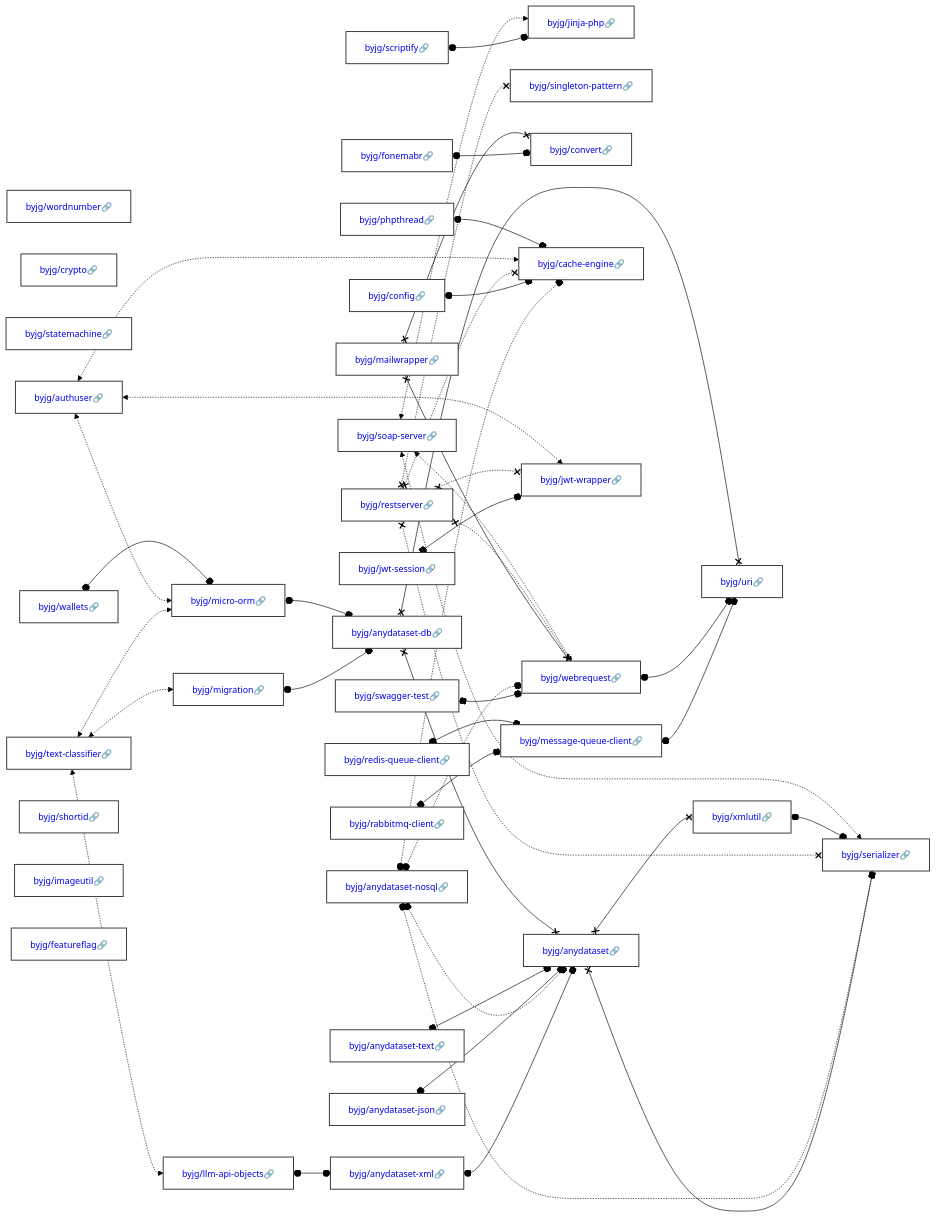
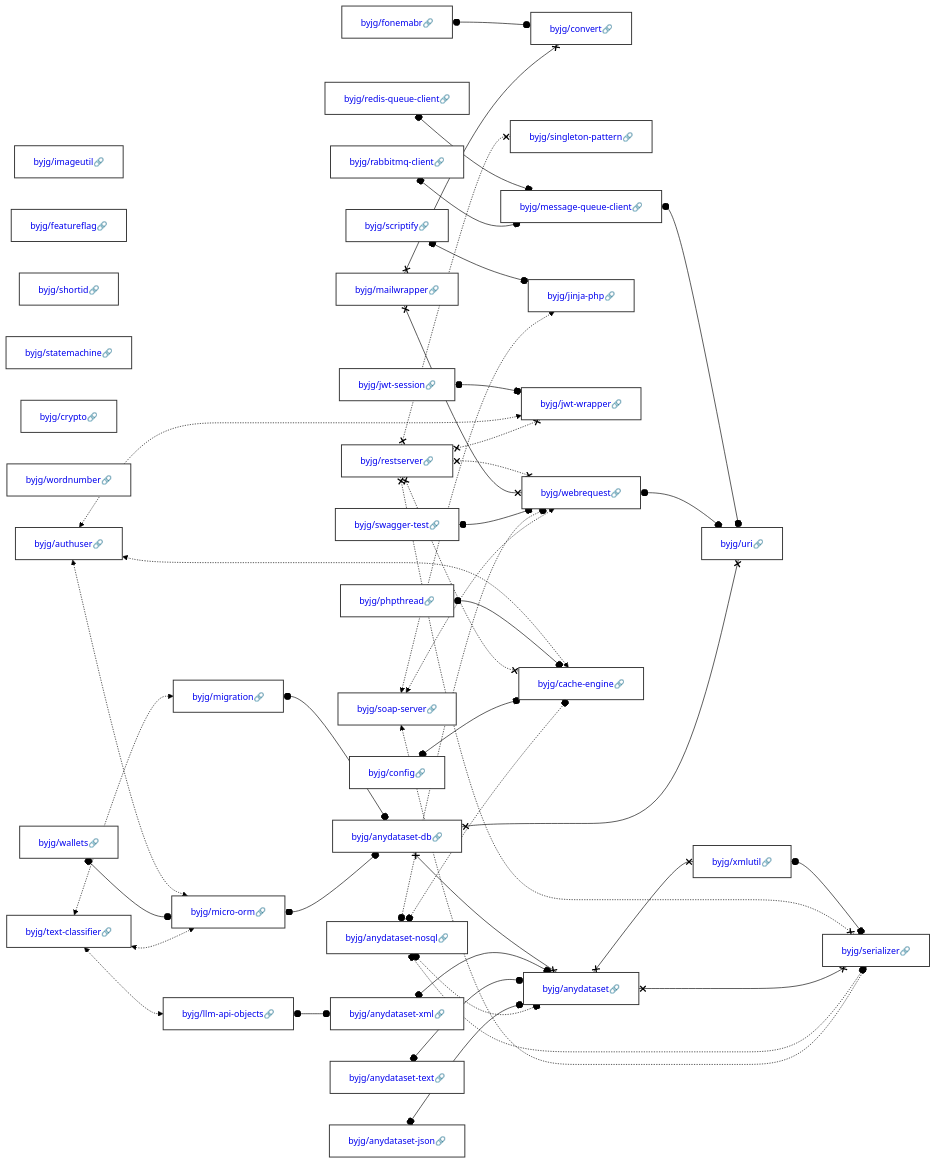
One commit to byjg/byjg.github.io changed the diagram in docs/php/README.md. Above: the diagram before and after it, drawn with Mermaid (forest theme). The commit also changed other lines of this file and 1 other file, not shown here.

Commit message:
Update documentation 'php' 'php-authuser'

````diff
--- a/docs/php/README.md
+++ b/docs/php/README.md
@@ -7,38 +3,38 @@
 ```mermaid
 graph LR;
+  byjg/redis-queue-client[<a href='https://opensource.byjg.com/docs/php/redis-queue-client' style='text-decoration:none'>byjg/redis-queue-client🔗</a>];
+  byjg/anydataset-nosql[<a href='https://opensource.byjg.com/docs/php/anydataset-nosql' style='text-decoration:none'>byjg/anydataset-nosql🔗</a>];
   byjg/config[<a href='https://opensource.byjg.com/docs/php/config' style='text-decoration:none'>byjg/config🔗</a>];
+  byjg/anydataset-json[<a href='https://opensource.byjg.com/docs/php/anydataset-json' style='text-decoration:none'>byjg/anydataset-json🔗</a>];
   byjg/fonemabr[<a href='https://opensource.byjg.com/docs/php/fonemabr' style='text-decoration:none'>byjg/fonemabr🔗</a>];
+  byjg/imageutil[<a href='https://opensource.byjg.com/docs/php/imageutil' style='text-decoration:none'>byjg/imageutil🔗</a>];
+  byjg/featureflag[<a href='https://opensource.byjg.com/docs/php/featureflag' style='text-decoration:none'>byjg/featureflag🔗</a>];
+  byjg/mailwrapper[<a href='https://opensource.byjg.com/docs/php/mailwrapper' style='text-decoration:none'>byjg/mailwrapper🔗</a>];
+  byjg/shortid[<a href='https://opensource.byjg.com/docs/php/shortid' style='text-decoration:none'>byjg/shortid🔗</a>];
+  byjg/jwt-session[<a href='https://opensource.byjg.com/docs/php/jwt-session' style='text-decoration:none'>byjg/jwt-session🔗</a>];
+  byjg/anydataset-text[<a href='https://opensource.byjg.com/docs/php/anydataset-text' style='text-decoration:none'>byjg/anydataset-text🔗</a>];
+  byjg/statemachine[<a href='https://opensource.byjg.com/docs/php/statemachine' style='text-decoration:none'>byjg/statemachine🔗</a>];
+  byjg/crypto[<a href='https://opensource.byjg.com/docs/php/crypto' style='text-decoration:none'>byjg/crypto🔗</a>];
+  byjg/swagger-test[<a href='https://opensource.byjg.com/docs/php/swagger-test' style='text-decoration:none'>byjg/swagger-test🔗</a>];
   byjg/wordnumber[<a href='https://opensource.byjg.com/docs/php/wordnumber' style='text-decoration:none'>byjg/wordnumber🔗</a>];
-  byjg/crypto[<a href='https://opensource.byjg.com/docs/php/crypto' style='text-decoration:none'>byjg/crypto🔗</a>];
-  byjg/statemachine[<a href='https://opensource.byjg.com/docs/php/statemachine' style='text-decoration:none'>byjg/statemachine🔗</a>];
+  byjg/soap-server[<a href='https://opensource.byjg.com/docs/php/soap-server' style='text-decoration:none'>byjg/soap-server🔗</a>];
+  byjg/restserver[<a href='https://opensource.byjg.com/docs/php/restserver' style='text-decoration:none'>byjg/restserver🔗</a>];
+  byjg/scriptify[<a href='https://opensource.byjg.com/docs/php/scriptify' style='text-decoration:none'>byjg/scriptify🔗</a>];
   byjg/authuser[<a href='https://opensource.byjg.com/docs/php/authuser' style='text-decoration:none'>byjg/authuser🔗</a>];
-  byjg/scriptify[<a href='https://opensource.byjg.com/docs/php/scriptify' style='text-decoration:none'>byjg/scriptify🔗</a>];
   byjg/text-classifier[<a href='https://opensource.byjg.com/docs/php/text-classifier' style='text-decoration:none'>byjg/text-classifier🔗</a>];
   byjg/rabbitmq-client[<a href='https://opensource.byjg.com/docs/php/rabbitmq-client' style='text-decoration:none'>byjg/rabbitmq-client🔗</a>];
   byjg/wallets[<a href='https://opensource.byjg.com/docs/php/wallets' style='text-decoration:none'>byjg/wallets🔗</a>];
-  byjg/shortid[<a href='https://opensource.byjg.com/docs/php/shortid' style='text-decoration:none'>byjg/shortid🔗</a>];
-  byjg/anydataset-text[<a href='https://opensource.byjg.com/docs/php/anydataset-text' style='text-decoration:none'>byjg/anydataset-text🔗</a>];
-  byjg/soap-server[<a href='https://opensource.byjg.com/docs/php/soap-server' style='text-decoration:none'>byjg/soap-server🔗</a>];
-  byjg/anydataset-nosql[<a href='https://opensource.byjg.com/docs/php/anydataset-nosql' style='text-decoration:none'>byjg/anydataset-nosql🔗</a>];
-  byjg/restserver[<a href='https://opensource.byjg.com/docs/php/restserver' style='text-decoration:none'>byjg/restserver🔗</a>];
-  byjg/imageutil[<a href='https://opensource.byjg.com/docs/php/imageutil' style='text-decoration:none'>byjg/imageutil🔗</a>];
-  byjg/mailwrapper[<a href='https://opensource.byjg.com/docs/php/mailwrapper' style='text-decoration:none'>byjg/mailwrapper🔗</a>];
-  byjg/anydataset-json[<a href='https://opensource.byjg.com/docs/php/anydataset-json' style='text-decoration:none'>byjg/anydataset-json🔗</a>];
-  byjg/featureflag[<a href='https://opensource.byjg.com/docs/php/featureflag' style='text-decoration:none'>byjg/featureflag🔗</a>];
-  byjg/redis-queue-client[<a href='https://opensource.byjg.com/docs/php/redis-queue-client' style='text-decoration:none'>byjg/redis-queue-client🔗</a>];
   byjg/phpthread[<a href='https://opensource.byjg.com/docs/php/phpthread' style='text-decoration:none'>byjg/phpthread🔗</a>];
-  byjg/jwt-session[<a href='https://opensource.byjg.com/docs/php/jwt-session' style='text-decoration:none'>byjg/jwt-session🔗</a>];
-  byjg/swagger-test[<a href='https://opensource.byjg.com/docs/php/swagger-test' style='text-decoration:none'>byjg/swagger-test🔗</a>];
+  byjg/convert[<a href='https://opensource.byjg.com/docs/php/convert' style='text-decoration:none'>byjg/convert🔗</a>];
+  byjg/singleton-pattern[<a href='https://opensource.byjg.com/docs/php/singleton-pattern' style='text-decoration:none'>byjg/singleton-pattern🔗</a>];
+  byjg/webrequest[<a href='https://opensource.byjg.com/docs/php/webrequest' style='text-decoration:none'>byjg/webrequest🔗</a>];
+  byjg/jinja-php[<a href='https://opensource.byjg.com/docs/php/jinja-php' style='text-decoration:none'>byjg/jinja-php🔗</a>];
+  byjg/jwt-wrapper[<a href='https://opensource.byjg.com/docs/php/jwt-wrapper' style='text-decoration:none'>byjg/jwt-wrapper🔗</a>];
   byjg/migration[<a href='https://opensource.byjg.com/docs/php/migration' style='text-decoration:none'>byjg/migration🔗</a>];
   byjg/llm-api-objects[<a href='https://opensource.byjg.com/docs/php/llm-api-objects' style='text-decoration:none'>byjg/llm-api-objects🔗</a>];
+  byjg/message-queue-client[<a href='https://opensource.byjg.com/docs/php/message-queue-client' style='text-decoration:none'>byjg/message-queue-client🔗</a>];
   byjg/micro-orm[<a href='https://opensource.byjg.com/docs/php/micro-orm' style='text-decoration:none'>byjg/micro-orm🔗</a>];
-  byjg/jinja-php[<a href='https://opensource.byjg.com/docs/php/jinja-php' style='text-decoration:none'>byjg/jinja-php🔗</a>];
-  byjg/singleton-pattern[<a href='https://opensource.byjg.com/docs/php/singleton-pattern' style='text-decoration:none'>byjg/singleton-pattern🔗</a>];
-  byjg/convert[<a href='https://opensource.byjg.com/docs/php/convert' style='text-decoration:none'>byjg/convert🔗</a>];
-  byjg/message-queue-client[<a href='https://opensource.byjg.com/docs/php/message-queue-client' style='text-decoration:none'>byjg/message-queue-client🔗</a>];
   byjg/cache-engine[<a href='https://opensource.byjg.com/docs/php/cache-engine' style='text-decoration:none'>byjg/cache-engine🔗</a>];
-  byjg/jwt-wrapper[<a href='https://opensource.byjg.com/docs/php/jwt-wrapper' style='text-decoration:none'>byjg/jwt-wrapper🔗</a>];
-  byjg/webrequest[<a href='https://opensource.byjg.com/docs/php/webrequest' style='text-decoration:none'>byjg/webrequest🔗</a>];
   byjg/anydataset-xml[<a href='https://opensource.byjg.com/docs/php/anydataset-xml' style='text-decoration:none'>byjg/anydataset-xml🔗</a>];
   byjg/anydataset-db[<a href='https://opensource.byjg.com/docs/php/anydataset-db' style='text-decoration:none'>byjg/anydataset-db🔗</a>];
   byjg/anydataset[<a href='https://opensource.byjg.com/docs/php/anydataset' style='text-decoration:none'>byjg/anydataset🔗</a>];
@@ -48,45 +44,45 @@
   byjg/soap-server <-.-> byjg/jinja-php;
   byjg/soap-server <-.-> byjg/webrequest;
   byjg/soap-server <-.-> byjg/serializer;
-  byjg/xmlutil o--o byjg/serializer;
-  byjg/micro-orm o--o byjg/anydataset-db;
-  byjg/wallets o--o byjg/micro-orm;
-  byjg/phpthread o--o byjg/cache-engine;
-  byjg/authuser <-.-> byjg/micro-orm;
-  byjg/authuser <-.-> byjg/cache-engine;
-  byjg/authuser <-.-> byjg/jwt-wrapper;
-  byjg/redis-queue-client o--o byjg/message-queue-client;
+  byjg/anydataset-nosql o-.-o byjg/anydataset;
+  byjg/anydataset-nosql o-.-o byjg/serializer;
+  byjg/anydataset-nosql o-.-o byjg/webrequest;
+  byjg/anydataset-nosql o-.-o byjg/cache-engine;
+  byjg/swagger-test o--o byjg/webrequest;
+  byjg/anydataset x--x byjg/serializer;
+  byjg/anydataset x--x byjg/xmlutil;
+  byjg/anydataset-json o--o byjg/anydataset;
+  byjg/anydataset-text o--o byjg/anydataset;
+  byjg/scriptify o--o byjg/jinja-php;
+  byjg/anydataset-xml o--o byjg/anydataset;
+  byjg/rabbitmq-client o--o byjg/message-queue-client;
+  byjg/mailwrapper x--x byjg/convert;
+  byjg/mailwrapper x--x byjg/webrequest;
   byjg/anydataset-db x--x byjg/anydataset;
   byjg/anydataset-db x--x byjg/uri;
   byjg/webrequest o--o byjg/uri;
+  byjg/redis-queue-client o--o byjg/message-queue-client;
+  byjg/message-queue-client o--o byjg/uri;
+  byjg/config o--o byjg/cache-engine;
+  byjg/llm-api-objects o--o byjg/anydataset-xml;
+  byjg/micro-orm o--o byjg/anydataset-db;
+  byjg/migration o--o byjg/anydataset-db;
   byjg/restserver x-.-x byjg/serializer;
   byjg/restserver x-.-x byjg/singleton-pattern;
   byjg/restserver x-.-x byjg/cache-engine;
   byjg/restserver x-.-x byjg/webrequest;
   byjg/restserver x-.-x byjg/jwt-wrapper;
-  byjg/mailwrapper x--x byjg/convert;
-  byjg/mailwrapper x--x byjg/webrequest;
-  byjg/rabbitmq-client o--o byjg/message-queue-client;
-  byjg/config o--o byjg/cache-engine;
-  byjg/fonemabr o--o byjg/convert;
-  byjg/anydataset-text o--o byjg/anydataset;
-  byjg/anydataset-json o--o byjg/anydataset;
-  byjg/anydataset-nosql o-.-o byjg/anydataset;
-  byjg/anydataset-nosql o-.-o byjg/serializer;
-  byjg/anydataset-nosql o-.-o byjg/webrequest;
-  byjg/anydataset-nosql o-.-o byjg/cache-engine;
-  byjg/swagger-test o--o byjg/webrequest;
-  byjg/anydataset-xml o--o byjg/anydataset;
-  byjg/message-queue-client o--o byjg/uri;
-  byjg/scriptify o--o byjg/jinja-php;
-  byjg/anydataset x--x byjg/serializer;
-  byjg/anydataset x--x byjg/xmlutil;
-  byjg/migration o--o byjg/anydataset-db;
-  byjg/jwt-session o--o byjg/jwt-wrapper;
   byjg/text-classifier <-.-> byjg/micro-orm;
   byjg/text-classifier <-.-> byjg/migration;
   byjg/text-classifier <-.-> byjg/llm-api-objects;
-  byjg/llm-api-objects o--o byjg/anydataset-xml;
+  byjg/wallets o--o byjg/micro-orm;
+  byjg/phpthread o--o byjg/cache-engine;
+  byjg/xmlutil o--o byjg/serializer;
+  byjg/authuser <-.-> byjg/micro-orm;
+  byjg/authuser <-.-> byjg/cache-engine;
+  byjg/authuser <-.-> byjg/jwt-wrapper;
+  byjg/jwt-session o--o byjg/jwt-wrapper;
+  byjg/fonemabr o--o byjg/convert;
   classDef default fill:#ffffff,stroke:#333,stroke-width:1.5px,color:#000,font-size:14px;
   classDef highlight fill:#ffef96,stroke:#ff9900,stroke-width:3px;
   classDef deprecated fill:#f8f8f8,stroke:#cccccc,stroke-dasharray: 5 5,stroke-width:1px,color:#999;
````
